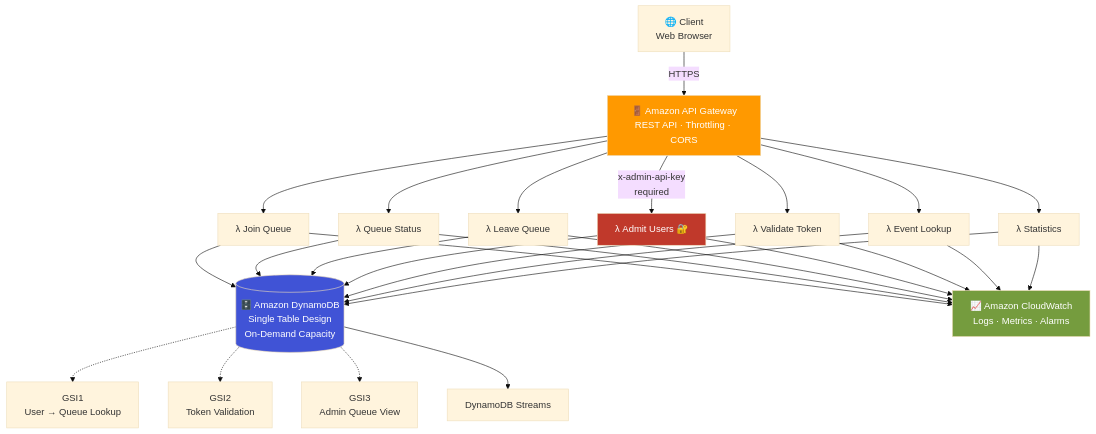
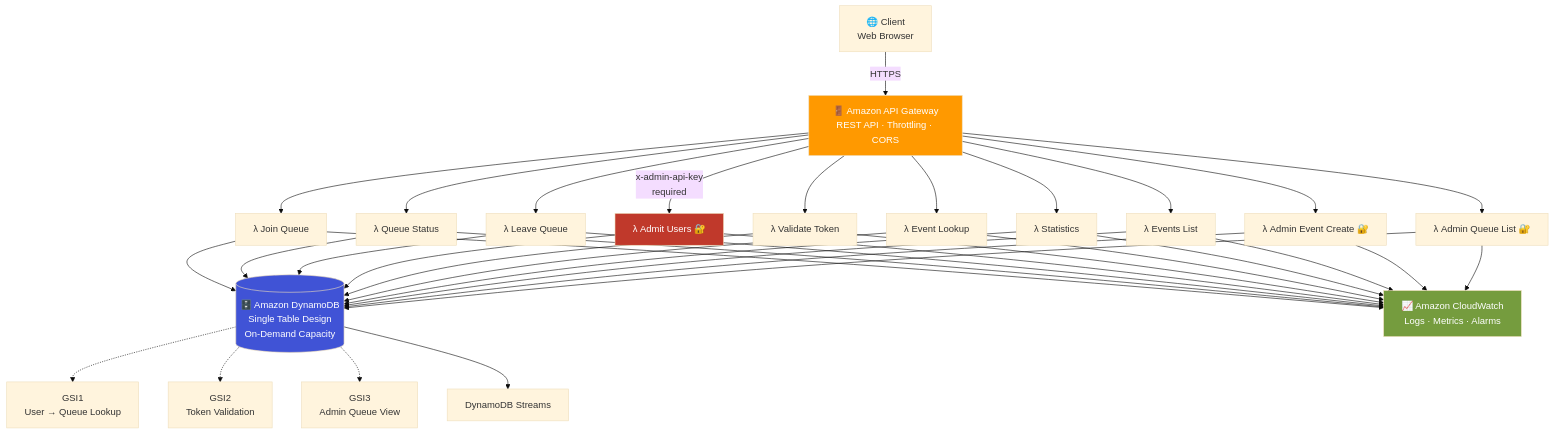
The first of 2 diagrams in README.md (Afffan16/football-virtual-waiting-room), drawn with Mermaid (base theme) before and after one commit. The commit also changed other lines of this file and 38 other files, not shown here.

````diff
--- a/README.md
+++ b/README.md
@@ -89,26 +90,29 @@
 ```mermaid
 flowchart TD
     Client["🌐 Client\nWeb Browser"] -->|HTTPS| APIGW["🚪 Amazon API Gateway\nREST API · Throttling · CORS"]
 
     APIGW --> L1["λ Join Queue"]
     APIGW --> L2["λ Queue Status"]
     APIGW --> L3["λ Leave Queue"]
     APIGW -->|"x-admin-api-key\nrequired"| L4["λ Admit Users 🔐"]
     APIGW --> L5["λ Validate Token"]
     APIGW --> L6["λ Event Lookup"]
     APIGW --> L7["λ Statistics"]
+    APIGW --> L8["λ Events List"]
+    APIGW --> L9["λ Admin Event Create 🔐"]
+    APIGW --> L10["λ Admin Queue List 🔐"]
 
-    L1 & L2 & L3 & L4 & L5 & L6 & L7 --> DDB[("🗄️ Amazon DynamoDB\nSingle Table Design\nOn-Demand Capacity")]
+    L1 & L2 & L3 & L4 & L5 & L6 & L7 & L8 & L9 & L10 --> DDB[("🗄️ Amazon DynamoDB\nSingle Table Design\nOn-Demand Capacity")]
 
     DDB -.-> GSI1["GSI1\nUser → Queue Lookup"]
     DDB -.-> GSI2["GSI2\nToken Validation"]
     DDB -.-> GSI3["GSI3\nAdmin Queue View"]
     DDB --> Streams["DynamoDB Streams"]
 
-    L1 & L2 & L3 & L4 & L5 & L6 & L7 --> CW["📈 Amazon CloudWatch\nLogs · Metrics · Alarms"]
+    L1 & L2 & L3 & L4 & L5 & L6 & L7 & L8 & L9 & L10 --> CW["📈 Amazon CloudWatch\nLogs · Metrics · Alarms"]
 
     style DDB fill:#4053D6,color:#fff
     style APIGW fill:#FF9900,color:#fff
     style CW fill:#759C3E,color:#fff
     style L4 fill:#c0392b,color:#fff
 ```
````
